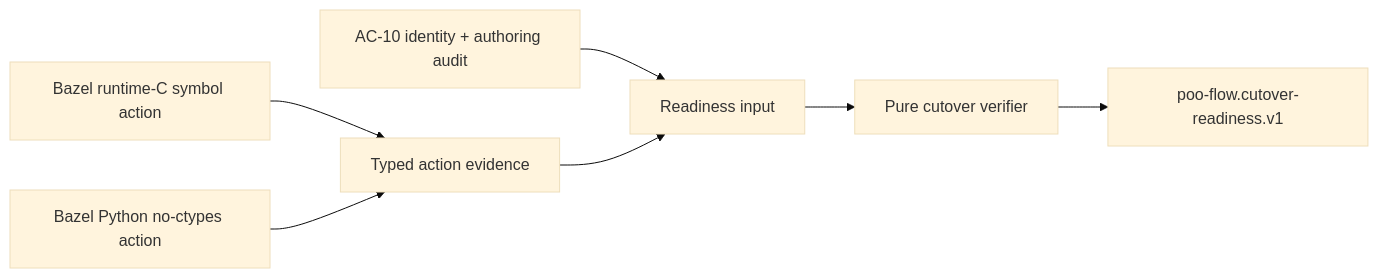
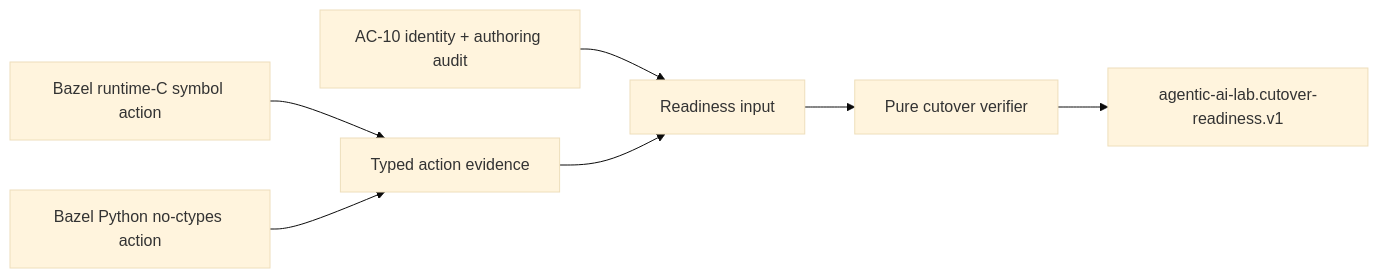
One commit to tao3k/gebril-yuanxu changed the second of 2 diagrams in module-system/design/134-agentic-control-plane-ac11-cutover-readiness.org. Above: the diagram before and after it, drawn with Mermaid (base theme). The commit also changed other lines of this file and 507 other files, not shown here.

```diff
--- a/module-system/design/134-agentic-control-plane-ac11-cutover-readiness.org
+++ b/module-system/design/134-agentic-control-plane-ac11-cutover-readiness.org
@@ -78,7 +78,7 @@
 #+begin_src mermaid
 flowchart LR
     C["Bazel runtime-C symbol action"] --> E["Typed action evidence"]
     P["Bazel Python no-ctypes action"] --> E
     A["AC-10 identity + authoring audit"] --> I["Readiness input"]
-    E --> I --> V["Pure cutover verifier"] --> R["poo-flow.cutover-readiness.v1"]
+    E --> I --> V["Pure cutover verifier"] --> R["agentic-ai-lab.cutover-readiness.v1"]
 #+end_src
```
